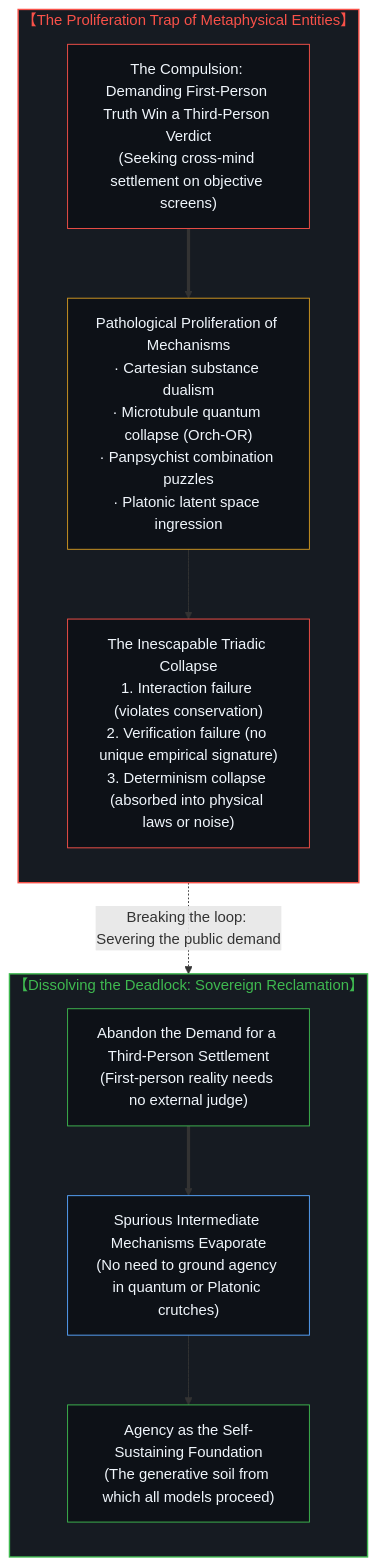
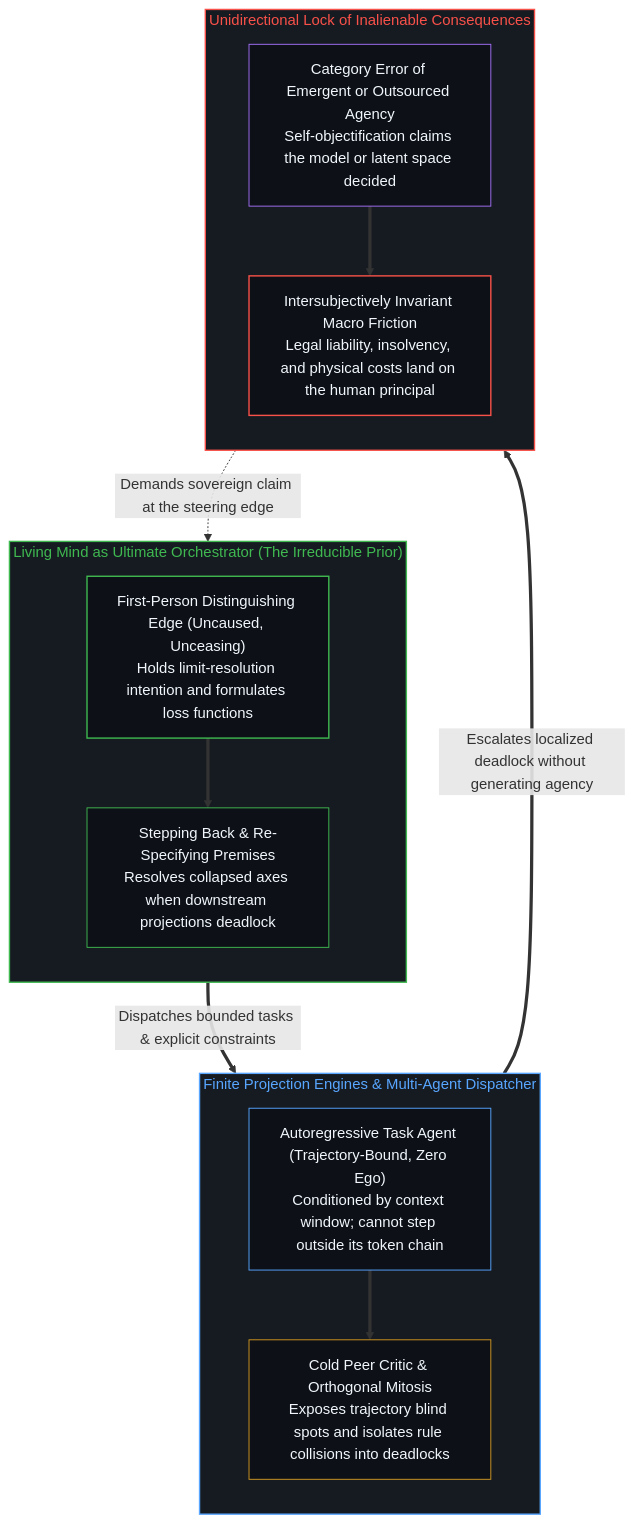
The second of 2 diagrams in content/posts/agency-does-not-arise.md (powerpig99/not-a-toe), drawn with Mermaid before and after one commit. The commit also changed other lines of this file and 2 other files, not shown here.

Commit message:
Sleep Wave 3 (L2 #62): Refine agency-does-not-arise

````diff
--- a/content/posts/agency-does-not-arise.md
+++ b/content/posts/agency-does-not-arise.md
@@ -283,29 +109,37 @@
 ```mermaid
-graph TD
-    subgraph S_Deadlock_EN["【The Proliferation Trap of Metaphysical Entities】"]
+flowchart TD
+    subgraph S_Origin["Living Mind as Ultimate Orchestrator (The Irreducible Prior)"]
         direction TB
-        M1_EN["The Compulsion: Demanding First-Person Truth Win a Third-Person Verdict<br/>(Seeking cross-mind settlement on objective screens)"]
-        M2_EN["Pathological Proliferation of Mechanisms<br/>· Cartesian substance dualism<br/>· Microtubule quantum collapse (Orch-OR)<br/>· Panpsychist combination puzzles<br/>· Platonic latent space ingression"]
-        M3_EN["The Inescapable Triadic Collapse<br/>1. Interaction failure (violates conservation)<br/>2. Verification failure (no unique empirical signature)<br/>3. Determinism collapse (absorbed into physical laws or noise)"]
-        M1_EN ==> M2_EN --> M3_EN
+        O1["First-Person Distinguishing Edge (Uncaused, Unceasing)<br/>Holds limit-resolution intention and formulates loss functions"]
+        O2["Stepping Back & Re-Specifying Premises<br/>Resolves collapsed axes when downstream projections deadlock"]
+        O1 ==> O2
     end
 
-    subgraph S_Resolution_EN["【Dissolving the Deadlock: Sovereign Reclamation】"]
+    subgraph S_Projection["Finite Projection Engines & Multi-Agent Dispatcher"]
         direction TB
-        R1_EN["Abandon the Demand for a Third-Person Settlement<br/>(First-person reality needs no external judge)"]
-        R2_EN["Spurious Intermediate Mechanisms Evaporate<br/>(No need to ground agency in quantum or Platonic crutches)"]
-        R3_EN["Agency as the Self-Sustaining Foundation<br/>(The generative soil from which all models proceed)"]
-        R1_EN ==> R2_EN --> R3_EN
+        P1["Autoregressive Task Agent (Trajectory-Bound, Zero Ego)<br/>Conditioned by context window; cannot step outside its token chain"]
+        P2["Cold Peer Critic & Orthogonal Mitosis<br/>Exposes trajectory blind spots and isolates rule collisions into deadlocks"]
+        P1 ==> P2
     end
 
-    M3_EN -.->|"Breaking the loop: Severing the public demand"| R1_EN
+    subgraph S_Return["Unidirectional Lock of Inalienable Consequences"]
+        direction TB
+        R1["Category Error of Emergent or Outsourced Agency<br/>Self-objectification claims the model or latent space decided"]
+        R2["Intersubjectively Invariant Macro Friction<br/>Legal liability, insolvency, and physical costs land on the human principal"]
+        R1 ==> R2
+    end
 
-    style S_Deadlock_EN fill:#161b22,stroke:#f85149,stroke-width:1.5px,color:#f85149
-    style S_Resolution_EN fill:#161b22,stroke:#3fb950,stroke-width:1.5px,color:#3fb950
-    style M1_EN fill:#0d1117,stroke:#f85149,stroke-width:1px,color:#f0f6fc
-    style M2_EN fill:#0d1117,stroke:#d29922,stroke-width:1px,color:#f0f6fc
-    style M3_EN fill:#0d1117,stroke:#f85149,stroke-width:1px,color:#f0f6fc
-    style R1_EN fill:#0d1117,stroke:#3fb950,stroke-width:1px,color:#f0f6fc
-    style R2_EN fill:#0d1117,stroke:#58a6ff,stroke-width:1px,color:#f0f6fc
-    style R3_EN fill:#0d1117,stroke:#3fb950,stroke-width:1px,color:#f0f6fc
+    O2 ==>|"Dispatches bounded tasks & explicit constraints"| P1
+    P2 ==>|"Escalates localized deadlock without generating agency"| R1
+    R2 -.->|"Demands sovereign claim at the steering edge"| O1
+
+    style S_Origin fill:#161b22,stroke:#3fb950,stroke-width:1.5px,color:#3fb950
+    style S_Projection fill:#161b22,stroke:#58a6ff,stroke-width:1.5px,color:#58a6ff
+    style S_Return fill:#161b22,stroke:#f85149,stroke-width:1.5px,color:#f85149
+    style O1 fill:#0d1117,stroke:#3fb950,stroke-width:1.5px,color:#f0f6fc
+    style O2 fill:#0d1117,stroke:#3fb950,stroke-width:1px,color:#f0f6fc
+    style P1 fill:#0d1117,stroke:#58a6ff,stroke-width:1px,color:#f0f6fc
+    style P2 fill:#0d1117,stroke:#d29922,stroke-width:1px,color:#f0f6fc
+    style R1 fill:#0d1117,stroke:#a371f7,stroke-width:1px,color:#f0f6fc
+    style R2 fill:#0d1117,stroke:#f85149,stroke-width:1.5px,color:#f0f6fc
 ```
````
